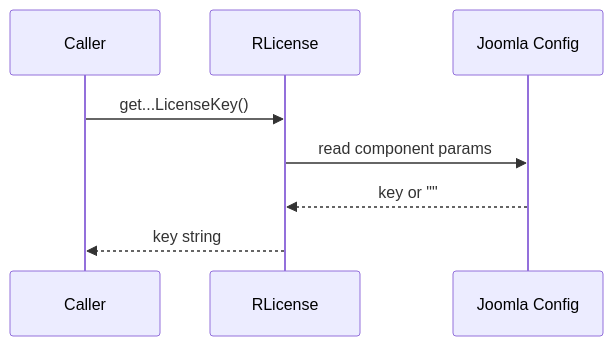
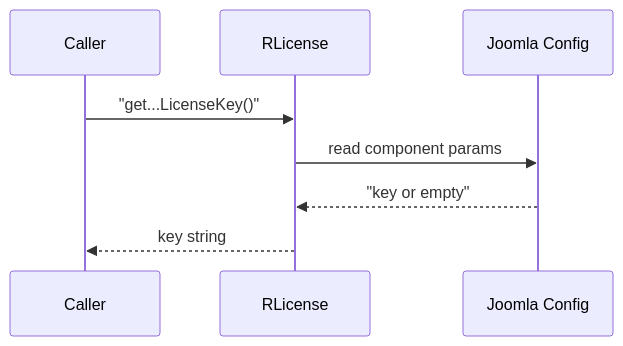
One commit to pauljrhodes/ramblers-library changed the second of 2 diagrams in license/HLD.md. Above: the diagram before and after it, drawn with Mermaid. The commit also changed other lines of this file and 33 other files, not shown here.

First line of the commit message:
Normalize Mermaid diagrams for GitHub rendering (#13)

````diff
--- a/license/HLD.md
+++ b/license/HLD.md
@@ -38,11 +38,11 @@
 ```mermaid
 sequenceDiagram
     participant Caller
     participant License as RLicense
     participant Joomla as Joomla Config
 
-    Caller->>License: get...LicenseKey()
+    Caller->>License: "get...LicenseKey()"
     License->>Joomla: read component params
-    Joomla-->>License: key or ""
+    Joomla-->>License: "key or empty"
     License-->>Caller: key string
 ```
````
